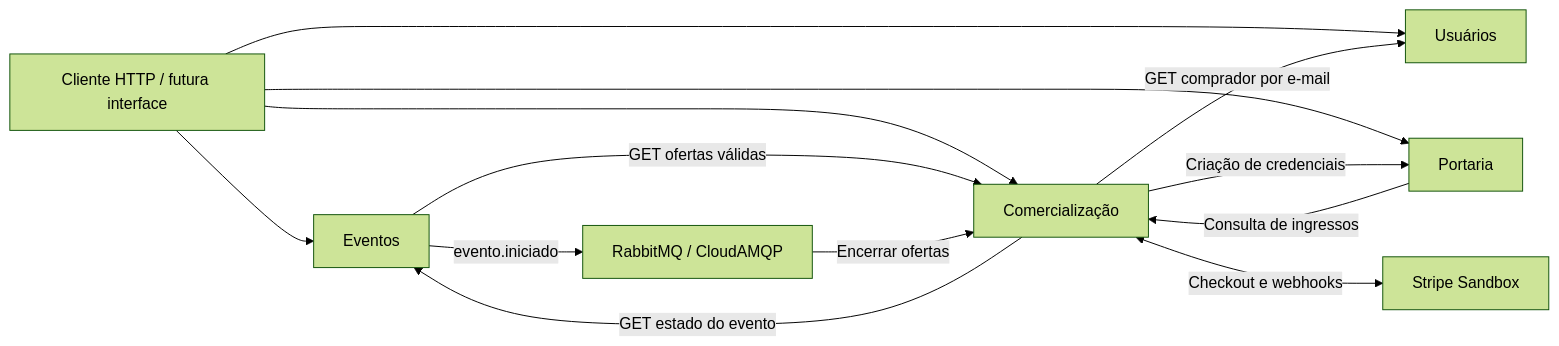
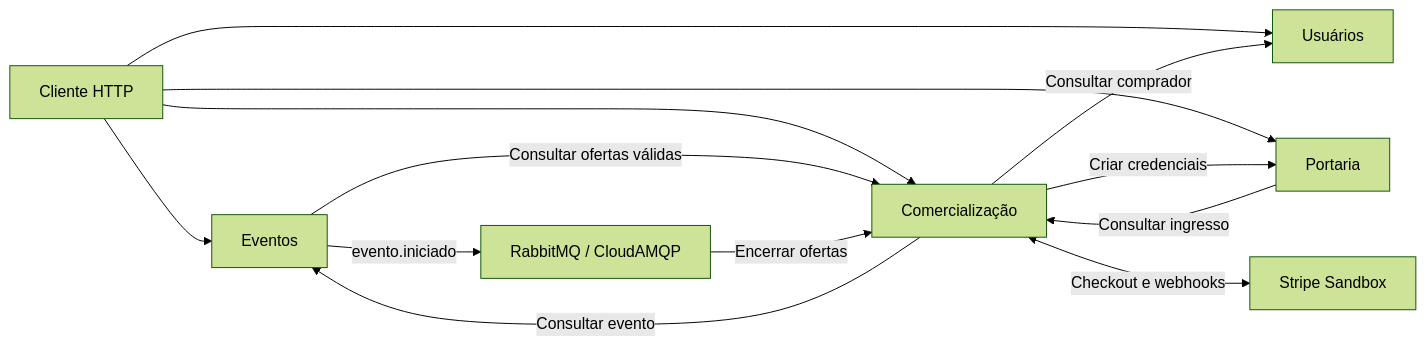
One commit to LaurenceFluciano/microsservicos-eventos-presenciais changed the second of 3 diagrams in README.md. Above: the diagram before and after it, drawn with Mermaid (forest theme). The commit also changed other lines of this file, not shown here.

````diff
--- a/README.md
+++ b/README.md
@@ -78,22 +128,26 @@
 ```mermaid
 flowchart LR
-    CLIENTE["Cliente HTTP / futura interface"]
+    CLIENTE["Cliente HTTP"]
     U["Usuários"]
     E["Eventos"]
     C["Comercialização"]
     P["Portaria"]
     S["Stripe Sandbox"]
     R["RabbitMQ / CloudAMQP"]
+
     CLIENTE --> U
     CLIENTE --> E
     CLIENTE --> C
     CLIENTE --> P
-    E -->|"GET ofertas válidas"| C
-    C -->|"GET estado do evento"| E
-    C -->|"GET comprador por e-mail"| U
+
+    E -->|"Consultar ofertas válidas"| C
+    C -->|"Consultar evento"| E
+    C -->|"Consultar comprador"| U
+    C -->|"Criar credenciais"| P
+    P -->|"Consultar ingresso"| C
+
     E -->|"evento.iniciado"| R
     R -->|"Encerrar ofertas"| C
-    C -->|"Criação de credenciais"| P
-    P -->|"Consulta de ingressos"| C
+
     C <-->|"Checkout e webhooks"| S
 ```
````
